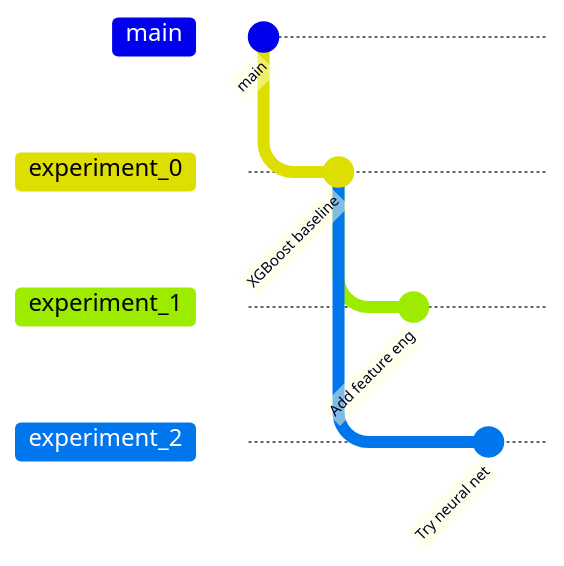
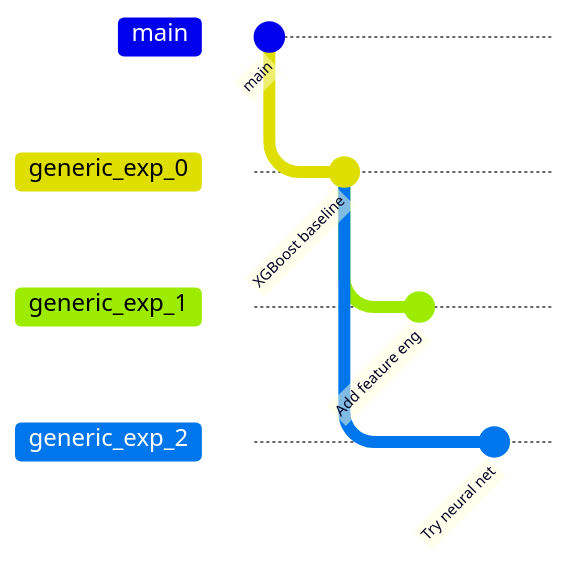
One commit to Leeroo-AI/kapso changed the second of 2 diagrams in docs/evolve/experiment-lifecycle.mdx. Above: the diagram before and after it, drawn with Mermaid. The commit also changed other lines of this file and 97 other files, not shown here.

````diff
--- a/docs/evolve/experiment-lifecycle.mdx
+++ b/docs/evolve/experiment-lifecycle.mdx
@@ -31,11 +47,11 @@
 ```mermaid
 gitGraph
     commit id: "main"
-    branch experiment_0
+    branch generic_exp_0
     commit id: "XGBoost baseline"
-    branch experiment_1
+    branch generic_exp_1
     commit id: "Add feature eng"
-    checkout experiment_0
-    branch experiment_2
+    checkout generic_exp_0
+    branch generic_exp_2
     commit id: "Try neural net"
 ```
````
